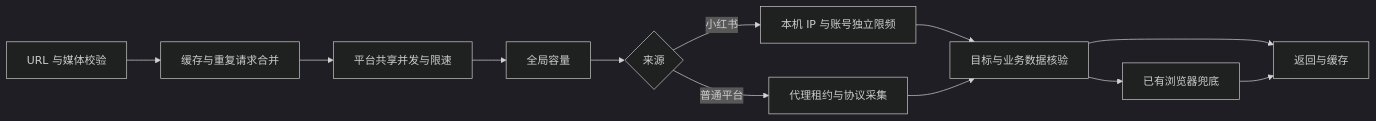
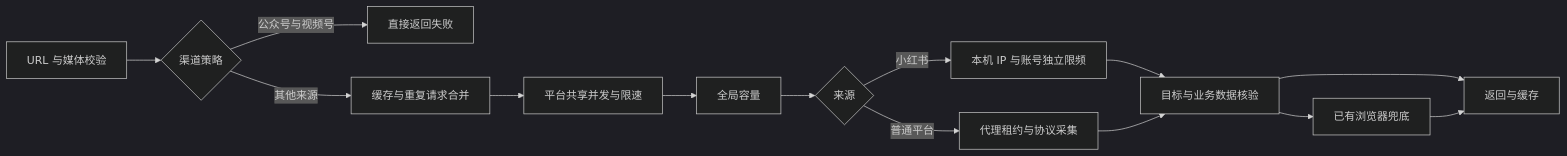
The diagram in docs/PLATFORM_FLOWS.md (TIANXIANGYANGYYDS/Creator_Engagement_Project), drawn with Mermaid (dark theme) before and after one commit. The commit also changed other lines of this file and 5 other files, not shown here.

````diff
--- a/docs/PLATFORM_FLOWS.md
+++ b/docs/PLATFORM_FLOWS.md
@@ -14,14 +14,16 @@
 ```mermaid
 flowchart LR
-  API[URL 与媒体校验] --> CACHE[缓存与重复请求合并]
+  API[URL 与媒体校验] --> POLICY{渠道策略}
+  POLICY -->|公众号与视频号| FAIL[直接返回失败]
+  POLICY -->|其他来源| CACHE[缓存与重复请求合并]
   CACHE --> PLATFORM[平台共享并发与限速]
   PLATFORM --> GLOBAL[全局容量]
   GLOBAL --> ROUTE{来源}
   ROUTE -->|普通平台| HTTP[代理租约与协议采集]
   ROUTE -->|小红书| XHS[本机 IP 与账号独立限频]
   XHS --> CHECK
   HTTP --> CHECK[目标与业务数据核验]
   CHECK --> RESULT[返回与缓存]
   CHECK --> BROWSER[已有浏览器兜底]
   BROWSER --> RESULT
 ```
````
